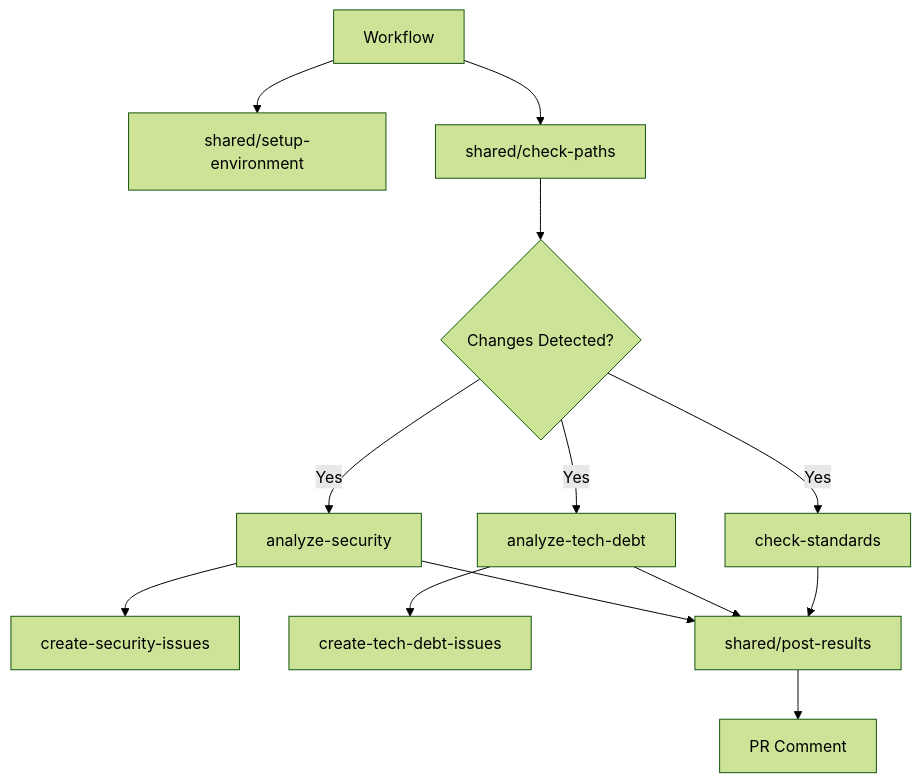
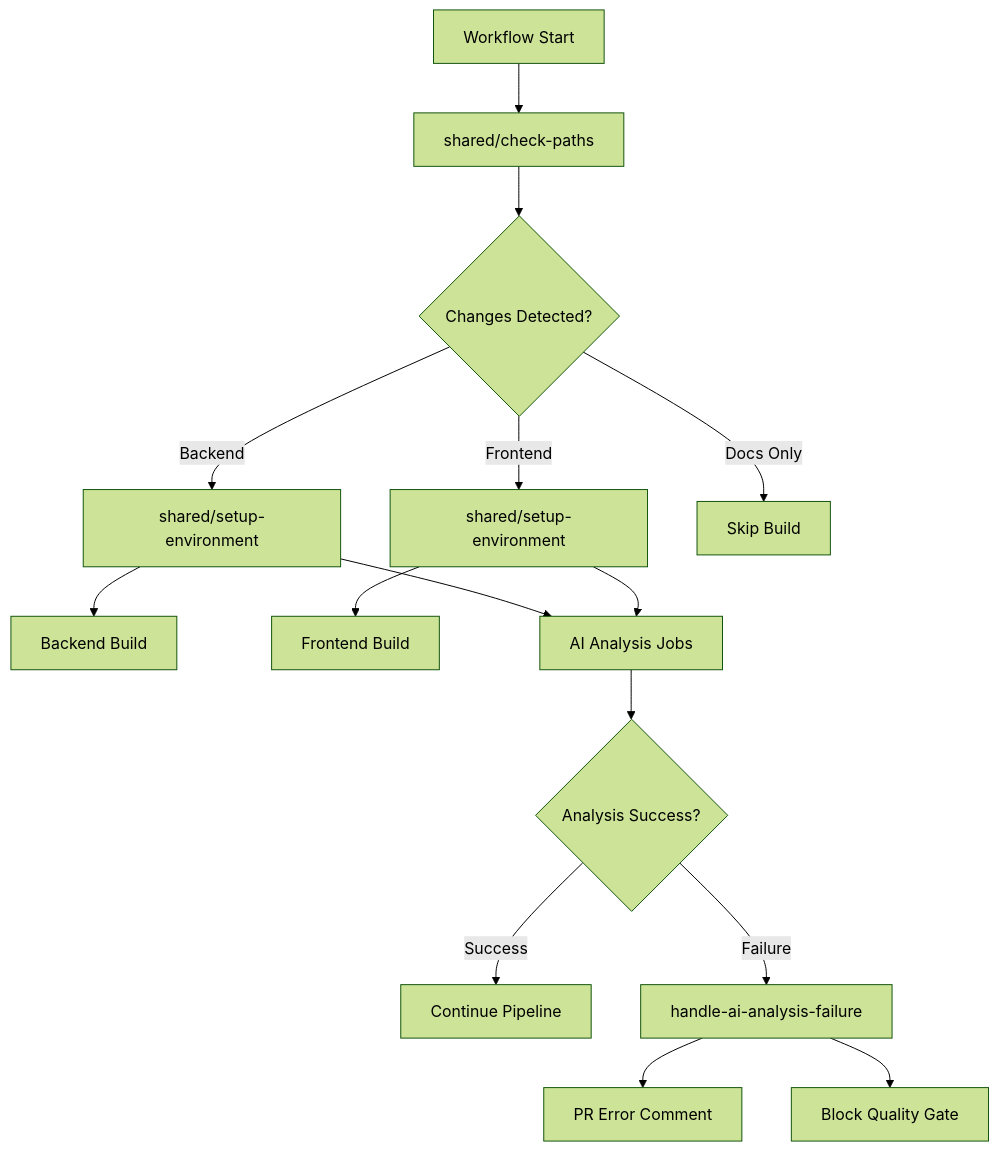
One commit to Zarichney-Development/zarichney-api changed the diagram in .github/actions/README.md. Above: the diagram before and after it, drawn with Mermaid (forest theme). The commit also changed other lines of this file and 86 other files, not shown here.

````diff
--- a/.github/actions/README.md
+++ b/.github/actions/README.md
@@ -37,19 +34,22 @@
 ```mermaid
 graph TD
-    A[Workflow] --> B[shared/setup-environment]
-    A --> C[shared/check-paths]
+    A[Workflow Start] --> B[shared/check-paths]
+    B --> C{Changes Detected?}
     
-    C --> D{Changes Detected?}
-    D -->|Yes| E[analyze-security]
-    D -->|Yes| F[analyze-tech-debt]
-    D -->|Yes| G[check-standards]
+    C -->|Backend| D[shared/setup-environment]
+    C -->|Frontend| E[shared/setup-environment]
+    C -->|Docs Only| F[Skip Build]
     
-    E --> H[create-security-issues]
-    F --> I[create-tech-debt-issues]
+    D --> G[Backend Build]
+    E --> H[Frontend Build]
     
-    E --> J[shared/post-results]
-    F --> J
-    G --> J
+    D --> I[AI Analysis Jobs]
+    E --> I
     
-    J --> K[PR Comment]
+    I --> J{Analysis Success?}
+    J -->|Success| K[Continue Pipeline]
+    J -->|Failure| L[handle-ai-analysis-failure]
+    
+    L --> M[PR Error Comment]
+    L --> N[Block Quality Gate]
 ```
````
